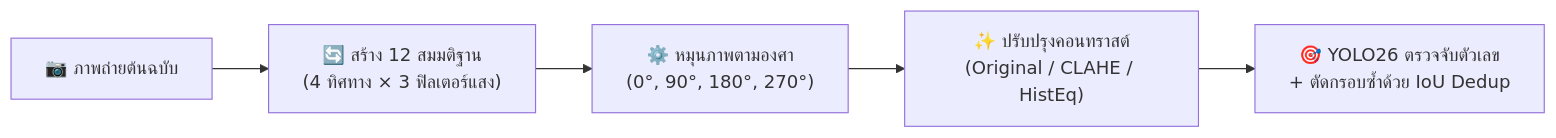
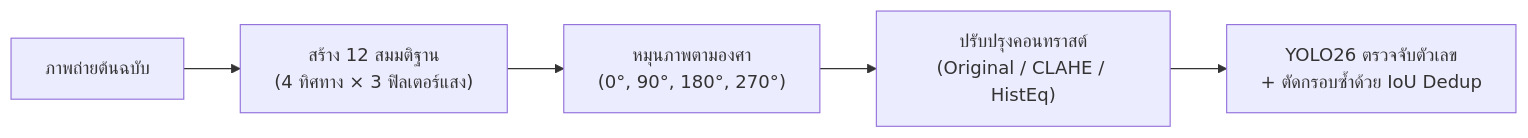
Before and after one commit to jirathxz/meter-reader: diagram 11 of 17 in TUTORIAL.md, drawn with Mermaid. The commit also changed other lines of this file and 1 other file, not shown here.

Commit message:
style(docs): remove all emojis across documentation and mermaid diagrams

````diff
--- a/TUTORIAL.md
+++ b/TUTORIAL.md
@@ -888,7 +888,7 @@
 ```mermaid
 flowchart LR
-  A["📷 ภาพถ่ายต้นฉบับ"] --> B["🔄 สร้าง 12 สมมติฐาน<br/>(4 ทิศทาง × 3 ฟิลเตอร์แสง)"]
-  B --> C["⚙️ หมุนภาพตามองศา<br/>(0°, 90°, 180°, 270°)"]
-  C --> D["✨ ปรับปรุงคอนทราสต์<br/>(Original / CLAHE / HistEq)"]
-  D --> E["🎯 YOLO26 ตรวจจับตัวเลข<br/>+ ตัดกรอบซ้ำด้วย IoU Dedup"]
+  A["ภาพถ่ายต้นฉบับ"] --> B["สร้าง 12 สมมติฐาน<br/>(4 ทิศทาง × 3 ฟิลเตอร์แสง)"]
+  B --> C["หมุนภาพตามองศา<br/>(0°, 90°, 180°, 270°)"]
+  C --> D["ปรับปรุงคอนทราสต์<br/>(Original / CLAHE / HistEq)"]
+  D --> E["YOLO26 ตรวจจับตัวเลข<br/>+ ตัดกรอบซ้ำด้วย IoU Dedup"]
 ```
````
